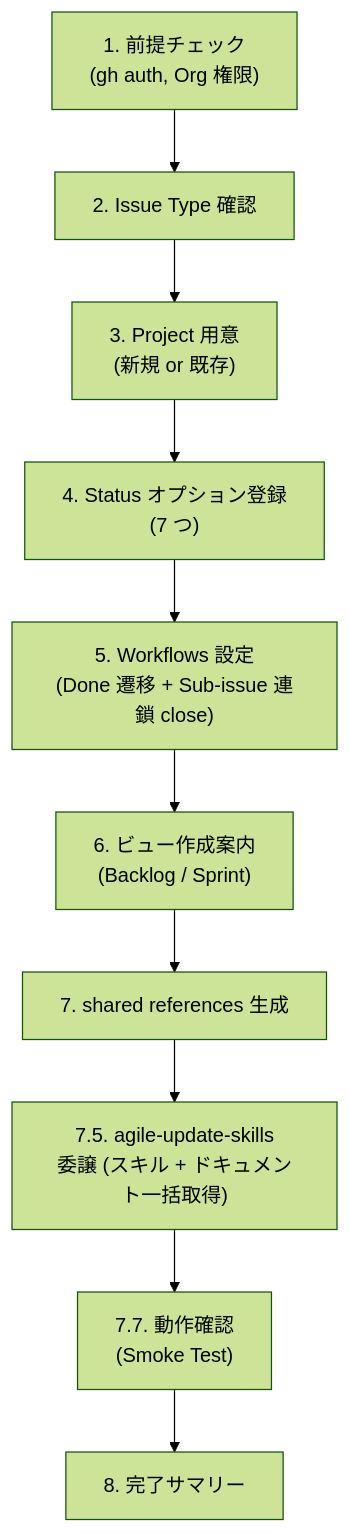
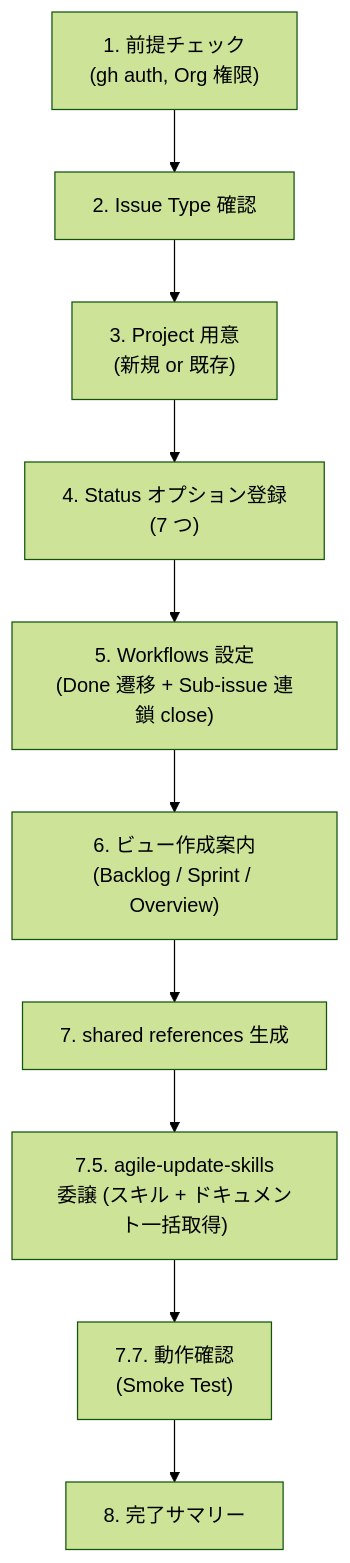
Before and after one commit to mrtry-lab/skills: the diagram in skills/agile-setup-project/SKILL.md, drawn with Mermaid (forest theme). The commit also changed other lines of this file and 3 other files, not shown here.

First line of the commit message:
feat(views): add third standard view "Overview" alongside Backlog / Sprint

````diff
--- a/skills/agile-setup-project/SKILL.md
+++ b/skills/agile-setup-project/SKILL.md
@@ -34,15 +34,15 @@
 ```mermaid
 flowchart TB
   pre["1. 前提チェック\n(gh auth, Org 権限)"]
   it["2. Issue Type 確認"]
   proj["3. Project 用意\n(新規 or 既存)"]
   status["4. Status オプション登録\n(7 つ)"]
   done["5. Workflows 設定\n(Done 遷移 + Sub-issue 連鎖 close)"]
-  views["6. ビュー作成案内\n(Backlog / Sprint)"]
+  views["6. ビュー作成案内\n(Backlog / Sprint / Overview)"]
   refs["7. shared references 生成"]
   docs["7.5. agile-update-skills\n委譲 (スキル + ドキュメント一括取得)"]
   smoke["7.7. 動作確認\n(Smoke Test)"]
   summary["8. 完了サマリー"]
 
   pre --> it --> proj --> status --> done --> views --> refs --> docs --> smoke --> summary
 ```
````
